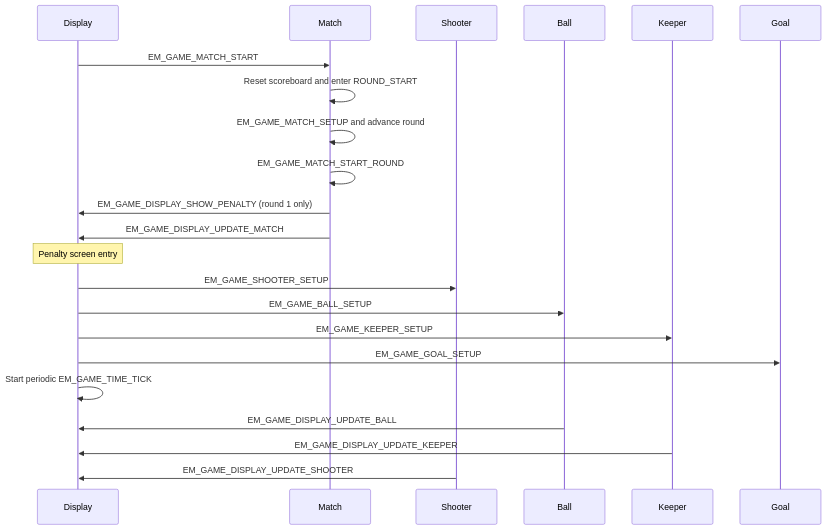
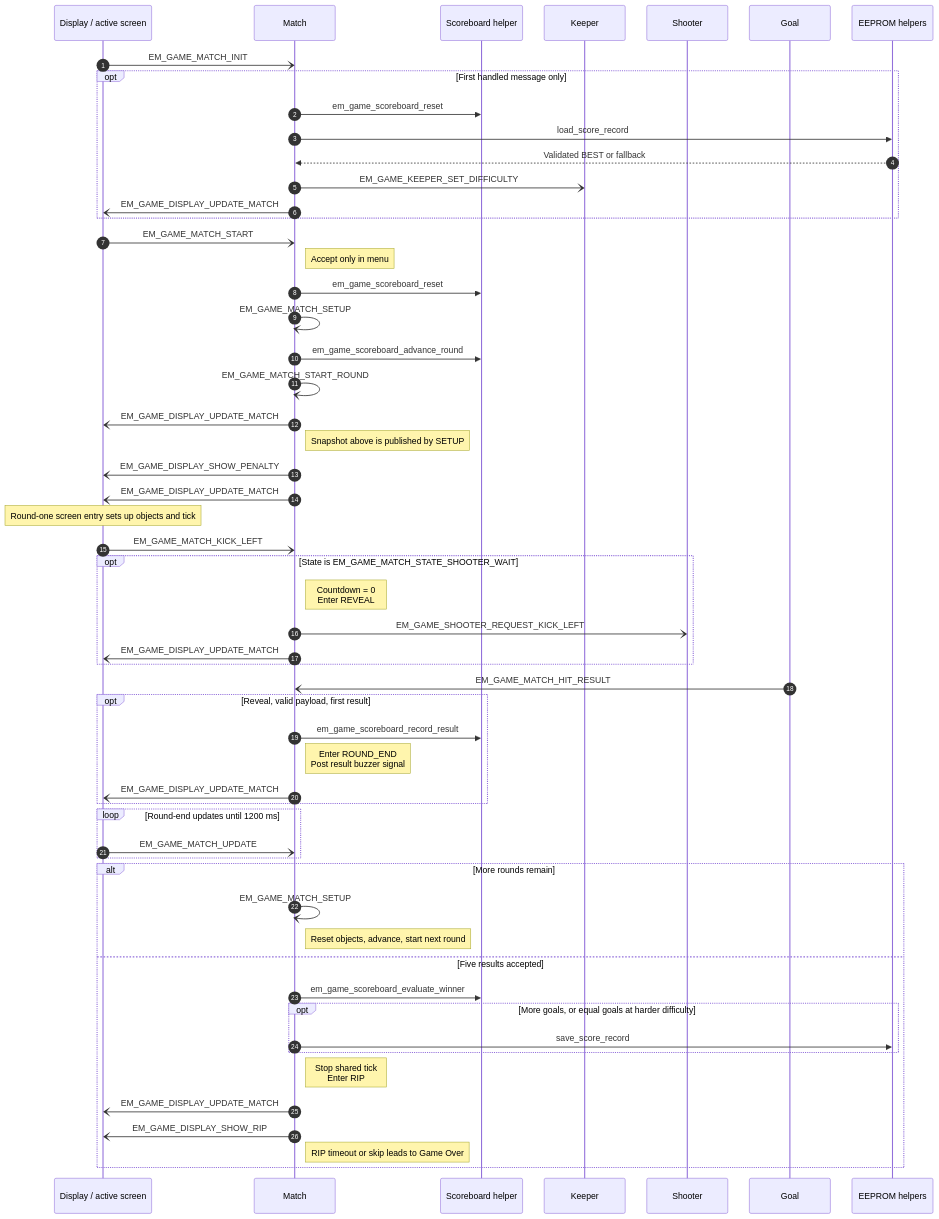
Before and after one commit to caotrongphuoc/11m-game: the first of 7 diagrams in docs/02-design-sequence-object.md, drawn with Mermaid. The commit also changed other lines of this file, not shown here.

Commit message:
[DOC] rewrite eleven meter object sequences

````diff
--- a/docs/02-design-sequence-object.md
+++ b/docs/02-design-sequence-object.md
@@ -47,25 +82,64 @@
 ```mermaid
+%%{init: {"themeVariables": {"fontSize": "16px"}, "sequence": {"actorMargin": 40}}}%%
 sequenceDiagram
-    participant Display
+    autonumber
+    participant Display as Display / active screen
     participant Match
+    participant Score as Scoreboard helper
+    participant Keeper
     participant Shooter
-    participant Ball
-    participant Keeper
     participant Goal
+    participant Store as EEPROM helpers
 
-    Display->>Match: EM_GAME_MATCH_START
-    Match->>Match: Reset scoreboard and enter ROUND_START
-    Match->>Match: EM_GAME_MATCH_SETUP and advance round
-    Match->>Match: EM_GAME_MATCH_START_ROUND
-    Match->>Display: EM_GAME_DISPLAY_SHOW_PENALTY (round 1 only)
-    Match->>Display: EM_GAME_DISPLAY_UPDATE_MATCH
-    Note over Display: Penalty screen entry
-    Display->>Shooter: EM_GAME_SHOOTER_SETUP
-    Display->>Ball: EM_GAME_BALL_SETUP
-    Display->>Keeper: EM_GAME_KEEPER_SETUP
-    Display->>Goal: EM_GAME_GOAL_SETUP
-    Display->>Display: Start periodic EM_GAME_TIME_TICK
-    Ball->>Display: EM_GAME_DISPLAY_UPDATE_BALL
-    Keeper->>Display: EM_GAME_DISPLAY_UPDATE_KEEPER
-    Shooter->>Display: EM_GAME_DISPLAY_UPDATE_SHOOTER
+    Display-)Match: EM_GAME_MATCH_INIT
+    opt First handled message only
+        Match->>Score: em_game_scoreboard_reset
+        Match->>Store: load_score_record
+        Store-->>Match: Validated BEST or fallback
+        Match-)Keeper: EM_GAME_KEEPER_SET_DIFFICULTY
+        Match-)Display: EM_GAME_DISPLAY_UPDATE_MATCH
+    end
+
+    Display-)Match: EM_GAME_MATCH_START
+    Note right of Match: Accept only in menu
+    Match->>Score: em_game_scoreboard_reset
+    Match-)Match: EM_GAME_MATCH_SETUP
+    Match->>Score: em_game_scoreboard_advance_round
+    Match-)Match: EM_GAME_MATCH_START_ROUND
+    Match-)Display: EM_GAME_DISPLAY_UPDATE_MATCH
+    Note right of Match: Snapshot above is published by SETUP
+    Match-)Display: EM_GAME_DISPLAY_SHOW_PENALTY
+    Match-)Display: EM_GAME_DISPLAY_UPDATE_MATCH
+    Note over Display: Round-one screen entry sets up objects and tick
+
+    Display-)Match: EM_GAME_MATCH_KICK_LEFT
+    opt State is EM_GAME_MATCH_STATE_SHOOTER_WAIT
+        Note right of Match: Countdown = 0<br/>Enter REVEAL
+        Match-)Shooter: EM_GAME_SHOOTER_REQUEST_KICK_LEFT
+        Match-)Display: EM_GAME_DISPLAY_UPDATE_MATCH
+    end
+
+    Goal-)Match: EM_GAME_MATCH_HIT_RESULT
+    opt Reveal, valid payload, first result
+        Match->>Score: em_game_scoreboard_record_result
+        Note right of Match: Enter ROUND_END<br/>Post result buzzer signal
+        Match-)Display: EM_GAME_DISPLAY_UPDATE_MATCH
+    end
+
+    loop Round-end updates until 1200 ms
+        Display-)Match: EM_GAME_MATCH_UPDATE
+    end
+    alt More rounds remain
+        Match-)Match: EM_GAME_MATCH_SETUP
+        Note right of Match: Reset objects, advance, start next round
+    else Five results accepted
+        Match->>Score: em_game_scoreboard_evaluate_winner
+        opt More goals, or equal goals at harder difficulty
+            Match->>Store: save_score_record
+        end
+        Note right of Match: Stop shared tick<br/>Enter RIP
+        Match-)Display: EM_GAME_DISPLAY_UPDATE_MATCH
+        Match-)Display: EM_GAME_DISPLAY_SHOW_RIP
+        Note right of Match: RIP timeout or skip leads to Game Over
+    end
 ```
````
